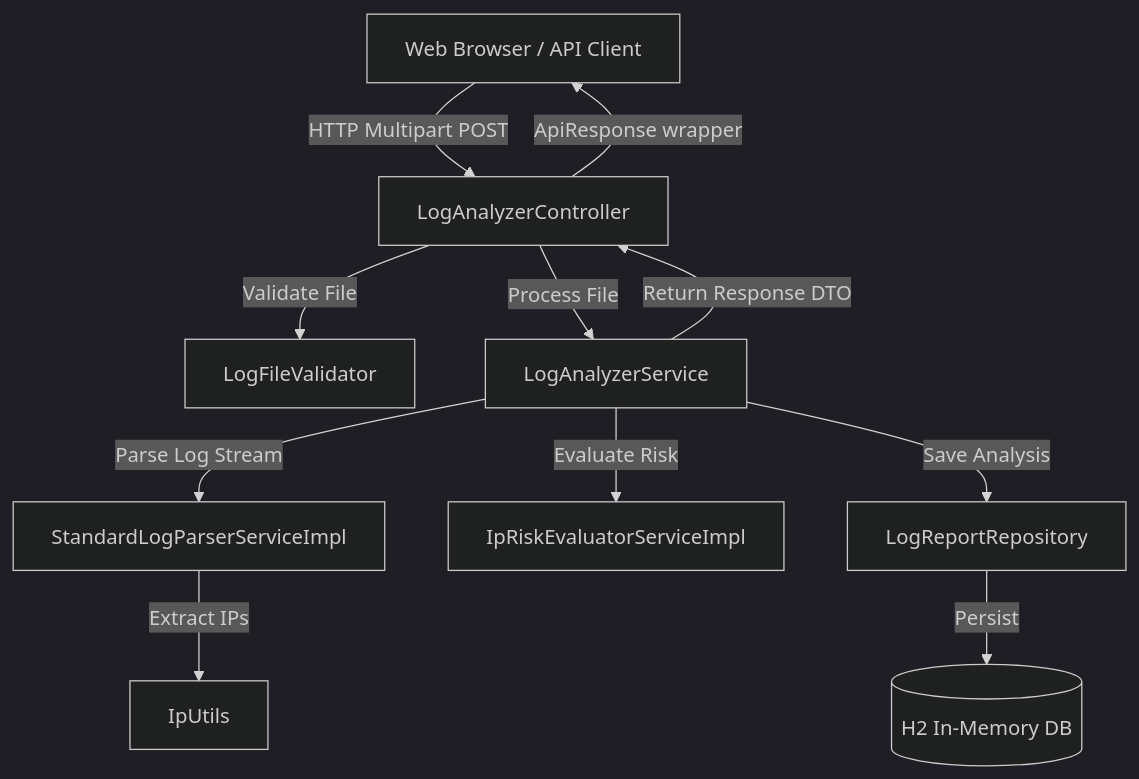
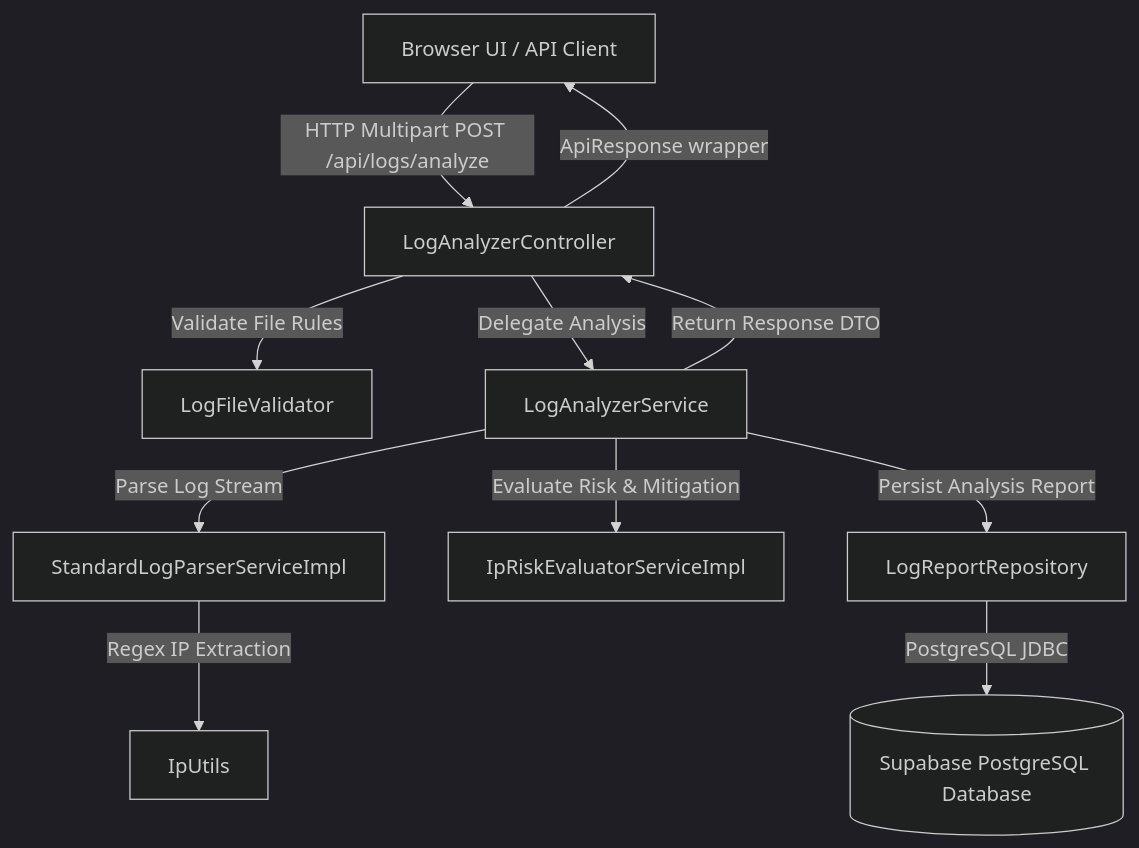
One commit to ShaikSohel1/smart-log-analyzer-java changed the diagram in README.md. Above: the diagram before and after it, drawn with Mermaid (dark theme). The commit also changed other lines of this file and 2 other files, not shown here.

Commit message:
docs: Comprehensive update to project documentation and architecture

````diff
--- a/README.md
+++ b/README.md
@@ -51,13 +53,13 @@
 ```mermaid
 graph TD
-    Client[Web Browser / API Client] -->|HTTP Multipart POST| Controller[LogAnalyzerController]
-    Controller -->|Validate File| Validator[LogFileValidator]
-    Controller -->|Process File| Service[LogAnalyzerService]
+    Client[Browser UI / API Client] -->|HTTP Multipart POST /api/logs/analyze| Controller[LogAnalyzerController]
+    Controller -->|Validate File Rules| Validator[LogFileValidator]
+    Controller -->|Delegate Analysis| Service[LogAnalyzerService]
     Service -->|Parse Log Stream| Parser[StandardLogParserServiceImpl]
-    Parser -->|Extract IPs| IpUtil[IpUtils]
-    Service -->|Evaluate Risk| Evaluator[IpRiskEvaluatorServiceImpl]
-    Service -->|Save Analysis| Repo[LogReportRepository]
-    Repo -->|Persist| H2[(H2 In-Memory DB)]
+    Parser -->|Regex IP Extraction| IpUtil[IpUtils]
+    Service -->|Evaluate Risk & Mitigation| Evaluator[IpRiskEvaluatorServiceImpl]
+    Service -->|Persist Analysis Report| Repo[LogReportRepository]
+    Repo -->|PostgreSQL JDBC| Supabase[(Supabase PostgreSQL Database)]
     Service -->|Return Response DTO| Controller
     Controller -->|ApiResponse wrapper| Client
 ```
````
